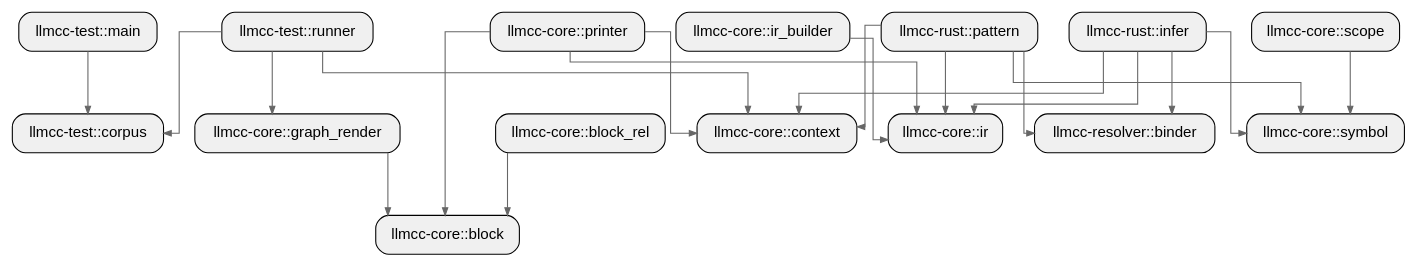
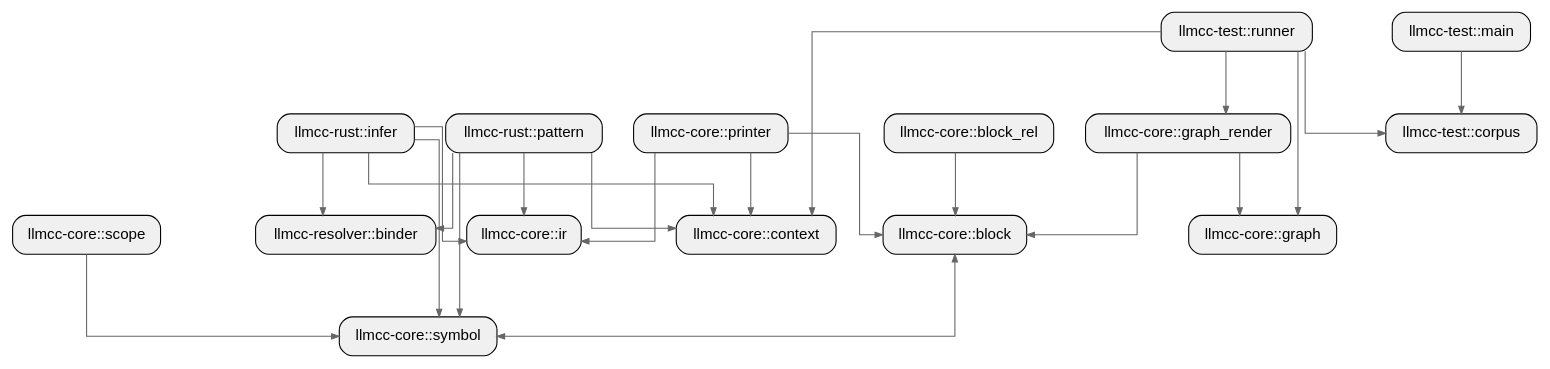
Before and after one commit to allenanswerzq/llmcc: the diagram in sample/rust/llmcc-pagerank/depth_2_module.dot, drawn with Graphviz. The commit also changed 199 other files, not shown here.

```diff
--- a/sample/rust/llmcc-pagerank/depth_2_module.dot
+++ b/sample/rust/llmcc-pagerank/depth_2_module.dot
@@ -1,51 +1,53 @@
 digraph architecture {
   // Layout settings
   rankdir=TB;
   ranksep=0.8;
   nodesep=0.4;
   splines=ortho;
   concentrate=true;
 
   node [shape=box, style="rounded,filled", fillcolor="#f0f0f0", fontname="Helvetica"];
   edge [color="#666666", arrowsize=0.7];
 
   labelloc=t;
   fontsize=16;
   fontname="Helvetica Bold";
 
   mod_llmcc_core_block[label="llmcc-core::block"];
   mod_llmcc_core_block_rel[label="llmcc-core::block_rel"];
   mod_llmcc_core_context[label="llmcc-core::context"];
+  mod_llmcc_core_graph[label="llmcc-core::graph"];
   mod_llmcc_core_graph_render[label="llmcc-core::graph_render"];
   mod_llmcc_core_ir[label="llmcc-core::ir"];
-  mod_llmcc_core_ir_builder[label="llmcc-core::ir_builder"];
   mod_llmcc_core_printer[label="llmcc-core::printer"];
   mod_llmcc_core_scope[label="llmcc-core::scope"];
   mod_llmcc_core_symbol[label="llmcc-core::symbol"];
   mod_llmcc_resolver_binder[label="llmcc-resolver::binder"];
   mod_llmcc_rust_infer[label="llmcc-rust::infer"];
   mod_llmcc_rust_pattern[label="llmcc-rust::pattern"];
   mod_llmcc_test_corpus[label="llmcc-test::corpus"];
   mod_llmcc_test_main[label="llmcc-test::main"];
   mod_llmcc_test_runner[label="llmcc-test::runner"];
 
+  mod_llmcc_core_block -> mod_llmcc_core_symbol [dir=both]; // dir best-effort not accurate
   mod_llmcc_core_block_rel -> mod_llmcc_core_block;
   mod_llmcc_core_graph_render -> mod_llmcc_core_block;
-  mod_llmcc_core_ir_builder -> mod_llmcc_core_ir;
+  mod_llmcc_core_graph_render -> mod_llmcc_core_graph;
   mod_llmcc_core_printer -> mod_llmcc_core_block;
   mod_llmcc_core_printer -> mod_llmcc_core_context;
   mod_llmcc_core_printer -> mod_llmcc_core_ir;
   mod_llmcc_core_scope -> mod_llmcc_core_symbol;
   mod_llmcc_rust_infer -> mod_llmcc_core_context;
   mod_llmcc_rust_infer -> mod_llmcc_core_ir;
   mod_llmcc_rust_infer -> mod_llmcc_core_symbol;
   mod_llmcc_rust_infer -> mod_llmcc_resolver_binder;
   mod_llmcc_rust_pattern -> mod_llmcc_core_context;
   mod_llmcc_rust_pattern -> mod_llmcc_core_ir;
   mod_llmcc_rust_pattern -> mod_llmcc_core_symbol;
   mod_llmcc_rust_pattern -> mod_llmcc_resolver_binder;
   mod_llmcc_test_main -> mod_llmcc_test_corpus;
   mod_llmcc_test_runner -> mod_llmcc_core_context;
+  mod_llmcc_test_runner -> mod_llmcc_core_graph;
   mod_llmcc_test_runner -> mod_llmcc_core_graph_render;
   mod_llmcc_test_runner -> mod_llmcc_test_corpus;
 }
```
